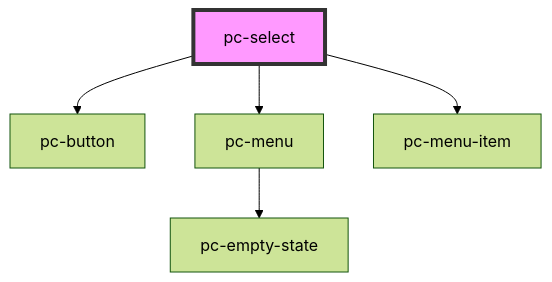
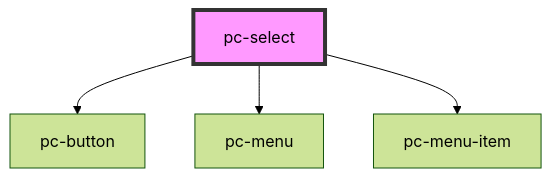
The diagram in src/components/input-controls/select/readme.md (redvars/peacock), drawn with Mermaid (forest theme) before and after one commit. The commit also changed 36 other files, not shown here.

````diff
--- a/src/components/input-controls/select/readme.md
+++ b/src/components/input-controls/select/readme.md
@@ -103,8 +103,7 @@
 ```mermaid
 graph TD;
   pc-select --> pc-button
   pc-select --> pc-menu
   pc-select --> pc-menu-item
-  pc-menu --> pc-empty-state
   style pc-select fill:#f9f,stroke:#333,stroke-width:4px
 ```
````
